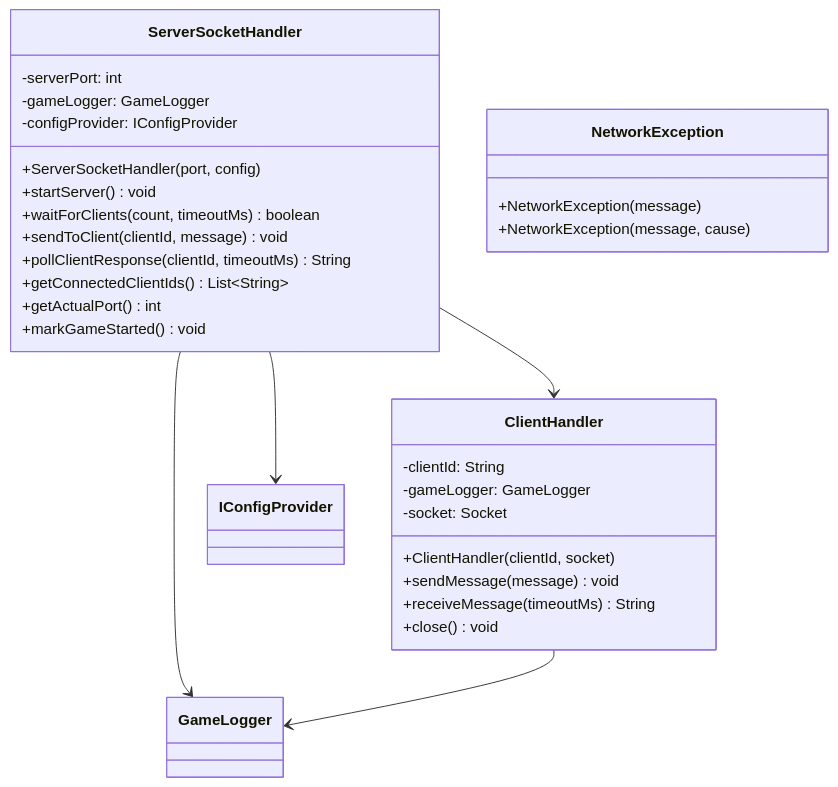
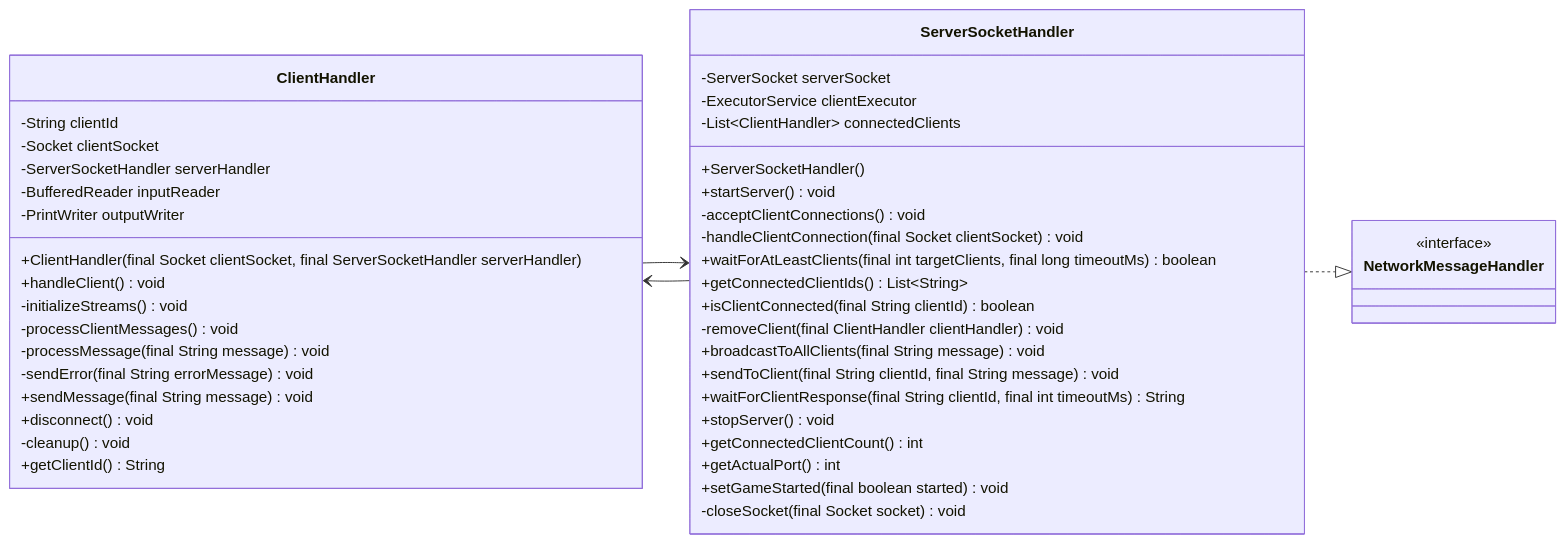
One commit to bryanseah234/playsplendor changed the diagram in diagrams/src/splendor-class-diagram_8.mmd. Above: the diagram before and after it, drawn with Mermaid. The commit also changed 89 other files, not shown here.

Commit message:
diagrams

```diff
--- a/diagrams/src/splendor-class-diagram_8.mmd
+++ b/diagrams/src/splendor-class-diagram_8.mmd
@@ -1,34 +1,49 @@
 classDiagram
+    direction LR
+    class ClientHandler {
+        -String clientId
+        -Socket clientSocket
+        -ServerSocketHandler serverHandler
+        -BufferedReader inputReader
+        -PrintWriter outputWriter
+        +ClientHandler(final Socket clientSocket, final ServerSocketHandler serverHandler)
+        +handleClient() void
+        -initializeStreams() void
+        -processClientMessages() void
+        -processMessage(final String message) void
+        -sendError(final String errorMessage) void
+        +sendMessage(final String message) void
+        +disconnect() void
+        -cleanup() void
+        +getClientId() String
+    }
+
+    class NetworkMessageHandler {
+        <<interface>>
+    }
+
     class ServerSocketHandler {
-        -serverPort: int
-        -gameLogger: GameLogger
-        -configProvider: IConfigProvider
-        +ServerSocketHandler(port, config)
+        -ServerSocket serverSocket
+        -ExecutorService clientExecutor
+        -List~ClientHandler~ connectedClients
+        +ServerSocketHandler()
         +startServer() void
-        +waitForClients(count, timeoutMs) boolean
-        +sendToClient(clientId, message) void
-        +pollClientResponse(clientId, timeoutMs) String
+        -acceptClientConnections() void
+        -handleClientConnection(final Socket clientSocket) void
+        +waitForAtLeastClients(final int targetClients, final long timeoutMs) boolean
         +getConnectedClientIds() List~String~
+        +isClientConnected(final String clientId) boolean
+        -removeClient(final ClientHandler clientHandler) void
+        +broadcastToAllClients(final String message) void
+        +sendToClient(final String clientId, final String message) void
+        +waitForClientResponse(final String clientId, final int timeoutMs) String
+        +stopServer() void
+        +getConnectedClientCount() int
         +getActualPort() int
-        +markGameStarted() void
+        +setGameStarted(final boolean started) void
+        -closeSocket(final Socket socket) void
     }
-    
-    class ClientHandler {
-        -clientId: String
-        -gameLogger: GameLogger
-        -socket: Socket
-        +ClientHandler(clientId, socket)
-        +sendMessage(message) void
-        +receiveMessage(timeoutMs) String
-        +close() void
-    }
-    
-    class NetworkException {
-        +NetworkException(message)
-        +NetworkException(message, cause)
-    }
-    
+
+    ServerSocketHandler ..|> NetworkMessageHandler
+    ClientHandler --> ServerSocketHandler
     ServerSocketHandler --> ClientHandler
-    ServerSocketHandler --> IConfigProvider
-    ServerSocketHandler --> GameLogger
-    ClientHandler --> GameLogger
```
